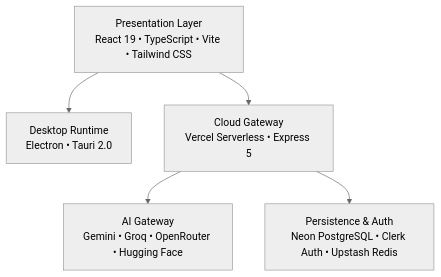
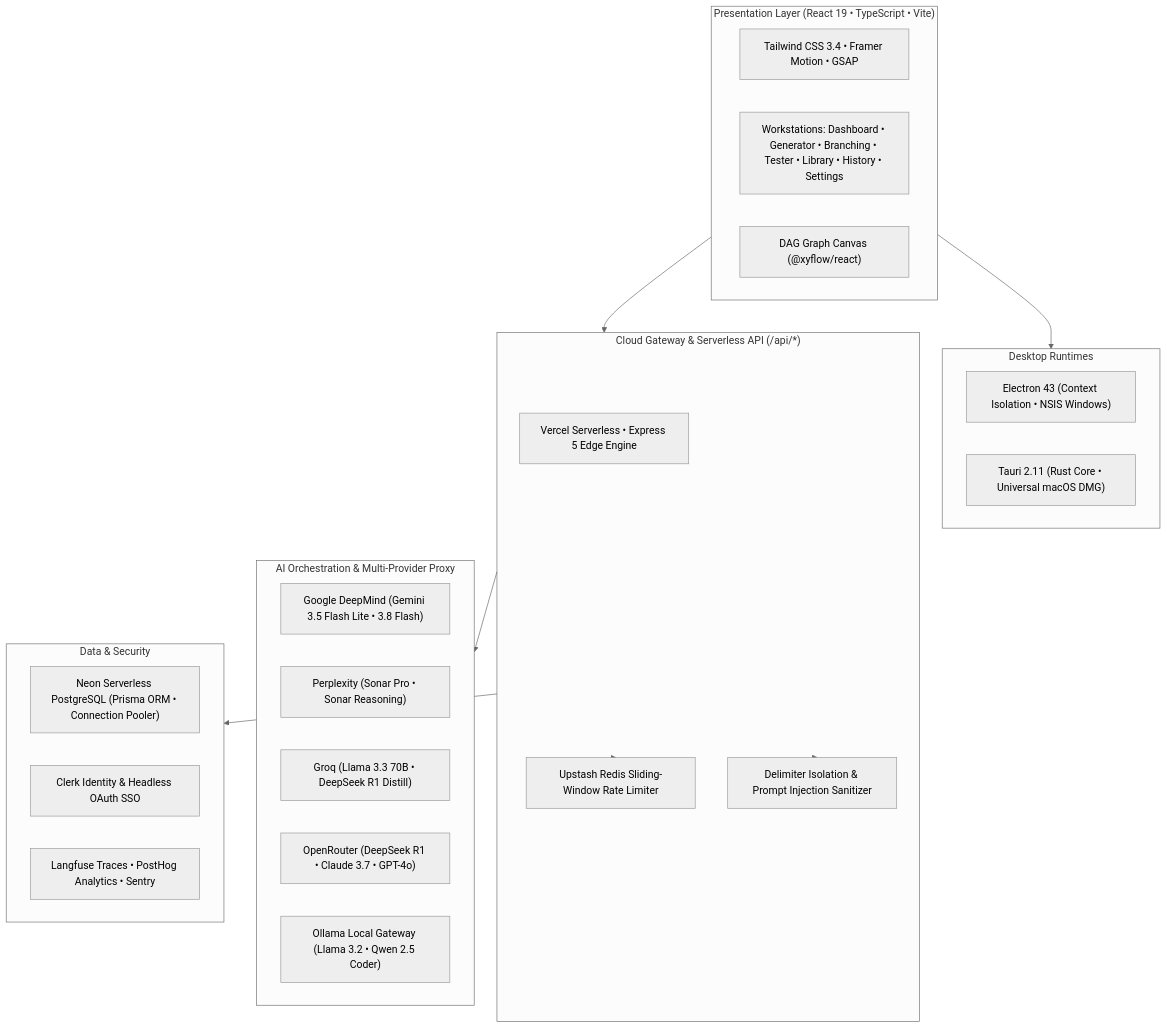
One commit to AtharvaK-XD/Bedrock changed the diagram in README.md. Above: the diagram before and after it, drawn with Mermaid (neutral theme). The commit also changed other lines of this file, not shown here.

Commit message:
docs(readme): update workstation overview, core capabilities, supported models, and export targets

````diff
--- a/README.md
+++ b/README.md
@@ -88,13 +220,40 @@
 ```mermaid
 graph TD
-    Client["Presentation Layer<br/>React 19 &bull; TypeScript &bull; Vite &bull; Tailwind CSS"]
-    Desktop["Desktop Runtime<br/>Electron &bull; Tauri 2.0"]
-    Gateway["Cloud Gateway<br/>Vercel Serverless &bull; Express 5"]
-    AI["AI Gateway<br/>Gemini &bull; Groq &bull; OpenRouter &bull; Hugging Face"]
-    Data["Persistence & Auth<br/>Neon PostgreSQL &bull; Clerk Auth &bull; Upstash Redis"]
+    subgraph ClientLayer["Presentation Layer (React 19 &bull; TypeScript &bull; Vite)"]
+        UI["Tailwind CSS 3.4 &bull; Framer Motion &bull; GSAP"]
+        Workspaces["Workstations: Dashboard &bull; Generator &bull; Branching &bull; Tester &bull; Library &bull; History &bull; Settings"]
+        DAG["DAG Graph Canvas (@xyflow/react)"]
+    end
 
-    Client --> Desktop
-    Client --> Gateway
-    Gateway --> AI
-    Gateway --> Data
+    subgraph NativeLayer["Desktop Runtimes"]
+        Electron["Electron 43 (Context Isolation &bull; NSIS Windows)"]
+        Tauri["Tauri 2.11 (Rust Core &bull; Universal macOS DMG)"]
+    end
+
+    subgraph GatewayLayer["Cloud Gateway & Serverless API (/api/*)"]
+        ExpressGateway["Vercel Serverless &bull; Express 5 Edge Engine"]
+        RateLimiter["Upstash Redis Sliding-Window Rate Limiter"]
+        InjectionShield["Delimiter Isolation & Prompt Injection Sanitizer"]
+    end
+
+    subgraph AILayer["AI Orchestration & Multi-Provider Proxy"]
+        GoogleAI["Google DeepMind (Gemini 3.5 Flash Lite &bull; 3.8 Flash)"]
+        PerplexityAI["Perplexity (Sonar Pro &bull; Sonar Reasoning)"]
+        GroqAI["Groq (Llama 3.3 70B &bull; DeepSeek R1 Distill)"]
+        OpenRouterAI["OpenRouter (DeepSeek R1 &bull; Claude 3.7 &bull; GPT-4o)"]
+        LocalOllama["Ollama Local Gateway (Llama 3.2 &bull; Qwen 2.5 Coder)"]
+    end
+
+    subgraph PersistenceLayer["Data & Security"]
+        NeonDB["Neon Serverless PostgreSQL (Prisma ORM &bull; Connection Pooler)"]
+        ClerkAuth["Clerk Identity & Headless OAuth SSO"]
+        TelemetryHub["Langfuse Traces &bull; PostHog Analytics &bull; Sentry"]
+    end
+
+    ClientLayer --> NativeLayer
+    ClientLayer --> GatewayLayer
+    GatewayLayer --> RateLimiter
+    GatewayLayer --> InjectionShield
+    GatewayLayer --> AILayer
+    GatewayLayer --> PersistenceLayer
 ```
````
